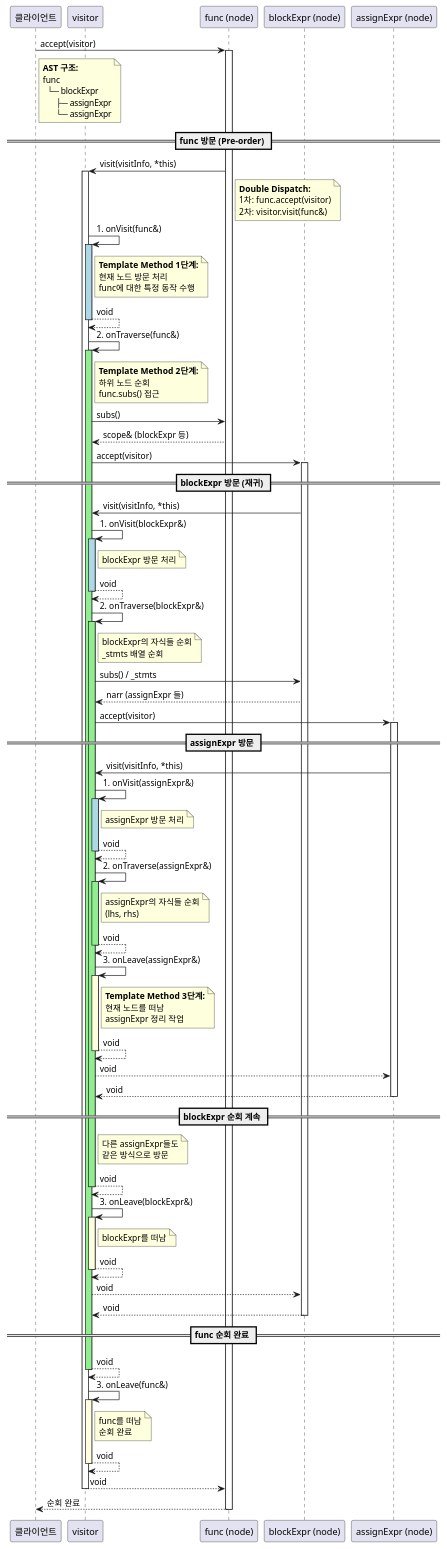
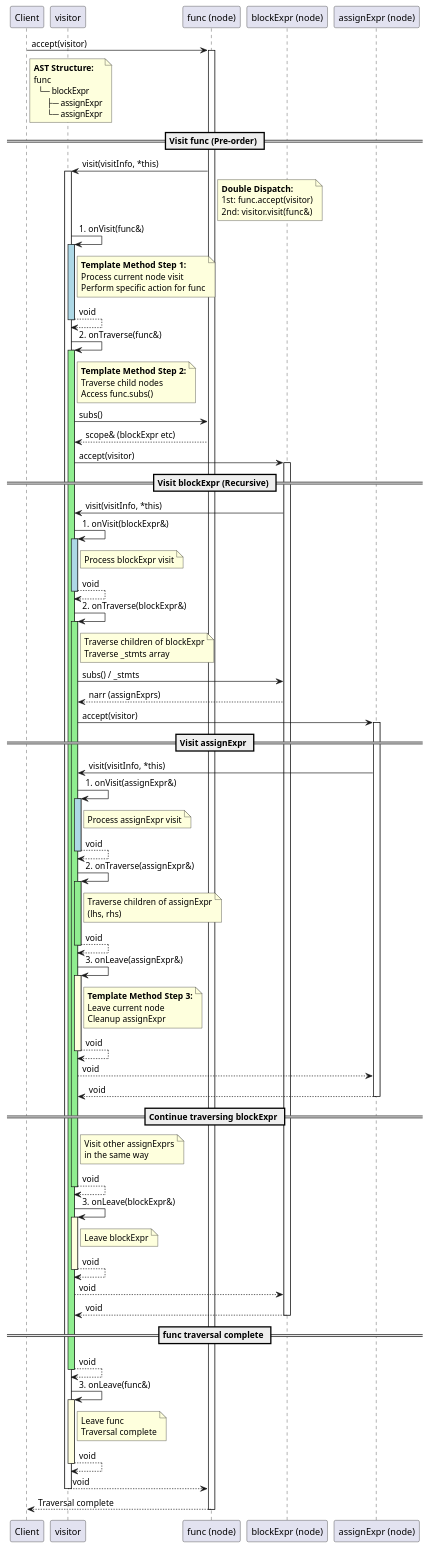
Diagram 15 of 19 in doc/ref/ko/ai-architecture-core.md (byeolang/byeol), drawn with PlantUML before and after one commit. The commit also changed other lines of this file, not shown here.

Commit message:
doc(core): translate english in plantuml to korean

```diff
--- a/doc/ref/ko/ai-architecture-core.md
+++ b/doc/ref/ko/ai-architecture-core.md
@@ -3177,5 +3177,5 @@
 @startuml
-participant "클라이언트" as client
+participant "Client" as client
 participant "visitor" as visitor
 participant "func (node)" as func
 participant "blockExpr (node)" as block
@@ -3185,31 +3185,31 @@
 activate func
 
 note right of client
-  <b>AST 구조:</b>
+  <b>AST Structure:</b>
   func
     └─ blockExpr
         ├─ assignExpr
         └─ assignExpr
 end note
 
-== func 방문 (Pre-order) ==
+== Visit func (Pre-order) ==
 
 func -> visitor : visit(visitInfo, *this)
 activate visitor
 
 note right of func
   <b>Double Dispatch:</b>
-  1차: func.accept(visitor)
-  2차: visitor.visit(func&)
+  1st: func.accept(visitor)
+  2nd: visitor.visit(func&)
 end note
 
 visitor -> visitor : 1. onVisit(func&)
 activate visitor #lightblue
 
 note right of visitor
-  <b>Template Method 1단계:</b>
-  현재 노드 방문 처리
-  func에 대한 특정 동작 수행
+  <b>Template Method Step 1:</b>
+  Process current node visit
+  Perform specific action for func
 end note
 
 visitor --> visitor : void
@@ -3219,18 +3219,18 @@
 activate visitor #lightgreen
 
 note right of visitor
-  <b>Template Method 2단계:</b>
-  하위 노드 순회
-  func.subs() 접근
+  <b>Template Method Step 2:</b>
+  Traverse child nodes
+  Access func.subs()
 end note
 
 visitor -> func : subs()
-func --> visitor : scope& (blockExpr 등)
+func --> visitor : scope& (blockExpr etc)
 
 visitor -> block : accept(visitor)
 activate block
 
-== blockExpr 방문 (재귀) ==
+== Visit blockExpr (Recursive) ==
 
 block -> visitor : visit(visitInfo, *this)
 
@@ -3238,7 +3238,7 @@
 activate visitor #lightblue
 
 note right of visitor
-  blockExpr 방문 처리
+  Process blockExpr visit
 end note
 
 visitor --> visitor : void
@@ -3248,17 +3248,17 @@
 activate visitor #lightgreen
 
 note right of visitor
-  blockExpr의 자식들 순회
-  _stmts 배열 순회
+  Traverse children of blockExpr
+  Traverse _stmts array
 end note
 
 visitor -> block : subs() / _stmts
-block --> visitor : narr (assignExpr 들)
+block --> visitor : narr (assignExprs)
 
 visitor -> assign : accept(visitor)
 activate assign
 
-== assignExpr 방문 ==
+== Visit assignExpr ==
 
 assign -> visitor : visit(visitInfo, *this)
 
@@ -3266,7 +3266,7 @@
 activate visitor #lightblue
 
 note right of visitor
-  assignExpr 방문 처리
+  Process assignExpr visit
 end note
 
 visitor --> visitor : void
@@ -3276,7 +3276,7 @@
 activate visitor #lightgreen
 
 note right of visitor
-  assignExpr의 자식들 순회
+  Traverse children of assignExpr
   (lhs, rhs)
 end note
 
@@ -3287,9 +3287,9 @@
 activate visitor #lightyellow
 
 note right of visitor
-  <b>Template Method 3단계:</b>
-  현재 노드를 떠남
-  assignExpr 정리 작업
+  <b>Template Method Step 3:</b>
+  Leave current node
+  Cleanup assignExpr
 end note
 
 visitor --> visitor : void
@@ -3299,11 +3299,11 @@
 assign --> visitor : void
 deactivate assign
 
-== blockExpr 순회 계속 ==
+== Continue traversing blockExpr ==
 
 note right of visitor
-  다른 assignExpr들도
-  같은 방식으로 방문
+  Visit other assignExprs
+  in the same way
 end note
 
 visitor --> visitor : void
@@ -3313,7 +3313,7 @@
 activate visitor #lightyellow
 
 note right of visitor
-  blockExpr를 떠남
+  Leave blockExpr
 end note
 
 visitor --> visitor : void
@@ -3323,7 +3323,7 @@
 block --> visitor : void
 deactivate block
 
-== func 순회 완료 ==
+== func traversal complete ==
 
 visitor --> visitor : void
 deactivate visitor
@@ -3332,8 +3332,8 @@
 activate visitor #lightyellow
 
 note right of visitor
-  func를 떠남
-  순회 완료
+  Leave func
+  Traversal complete
 end note
 
 visitor --> visitor : void
@@ -3342,6 +3342,6 @@
 visitor --> func : void
 deactivate visitor
 
-func --> client : 순회 완료
+func --> client : Traversal complete
 deactivate func
 @enduml
```
